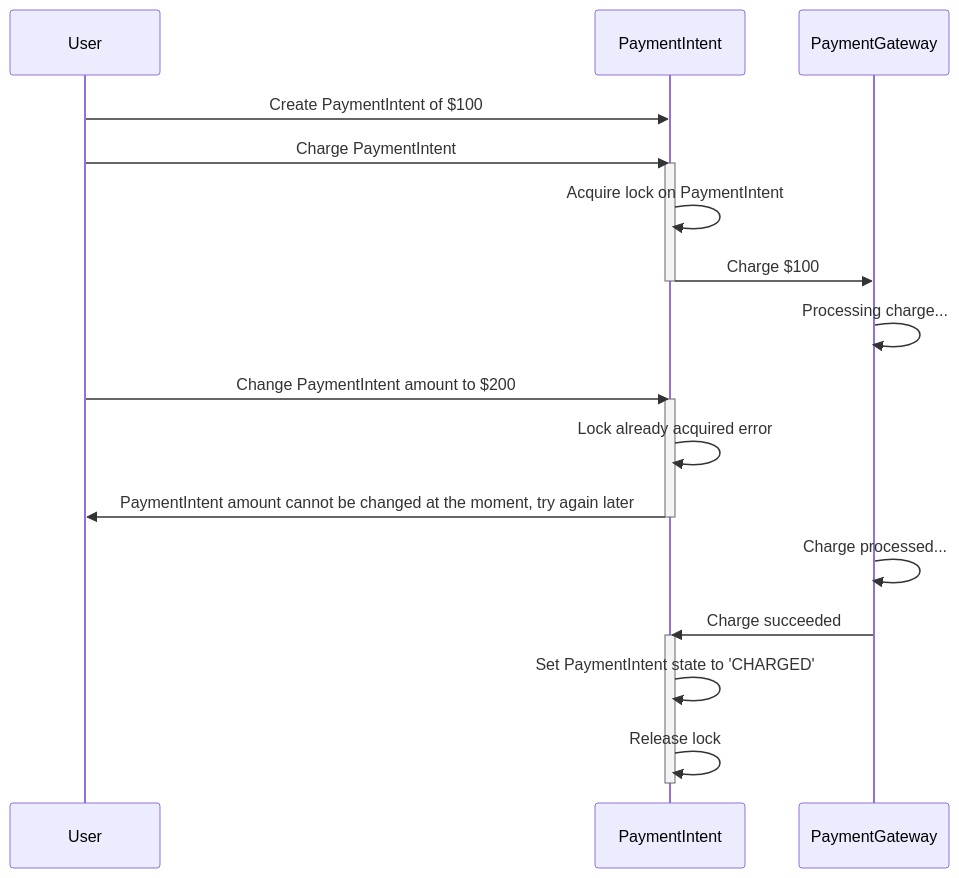
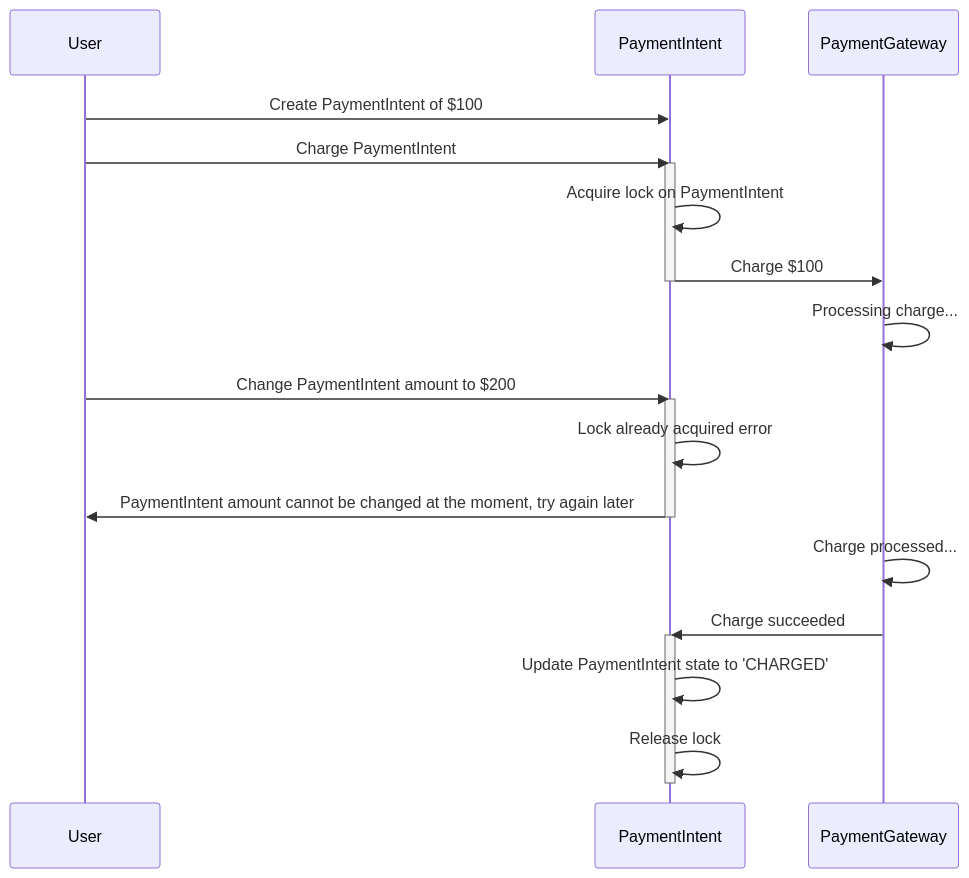
One commit to filipsnastins/concurrency-control-with-dynamodb changed the third of 3 diagrams in README.md. Above: the diagram before and after it, drawn with Mermaid. The commit also changed other lines of this file, not shown here.

````diff
--- a/README.md
+++ b/README.md
@@ -181,30 +182,30 @@
 ```mermaid
 sequenceDiagram
     participant User
     participant PaymentIntent
     participant PaymentGateway
 
     User->>PaymentIntent: Create PaymentIntent of $100
 
     User->>PaymentIntent: Charge PaymentIntent
     activate PaymentIntent
     PaymentIntent->>PaymentIntent: Acquire lock on PaymentIntent
     PaymentIntent->>PaymentGateway: Charge $100
     deactivate PaymentIntent
 
     PaymentGateway->>PaymentGateway: Processing charge...
 
     User->>PaymentIntent: Change PaymentIntent amount to $200
     activate PaymentIntent
     PaymentIntent->>PaymentIntent: Lock already acquired error
     PaymentIntent->>User: PaymentIntent amount cannot be changed at the moment, try again later
     deactivate PaymentIntent
 
     PaymentGateway->>PaymentGateway: Charge processed...
 
     PaymentGateway->>PaymentIntent: Charge succeeded
     activate PaymentIntent
-    PaymentIntent->>PaymentIntent: Set PaymentIntent state to 'CHARGED'
+    PaymentIntent->>PaymentIntent: Update PaymentIntent state to 'CHARGED'
     PaymentIntent->>PaymentIntent: Release lock
     deactivate PaymentIntent
 ```
````
